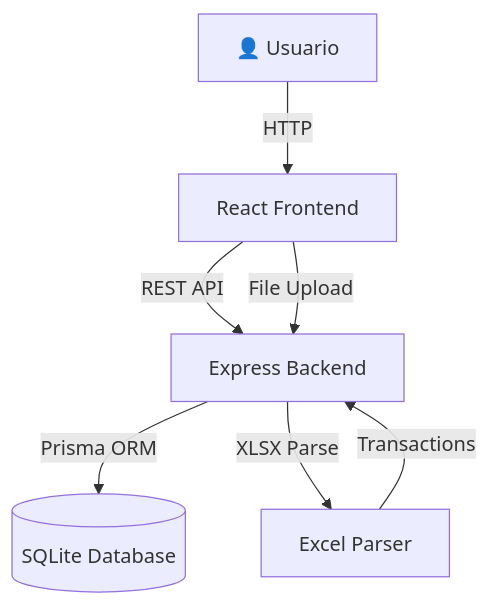
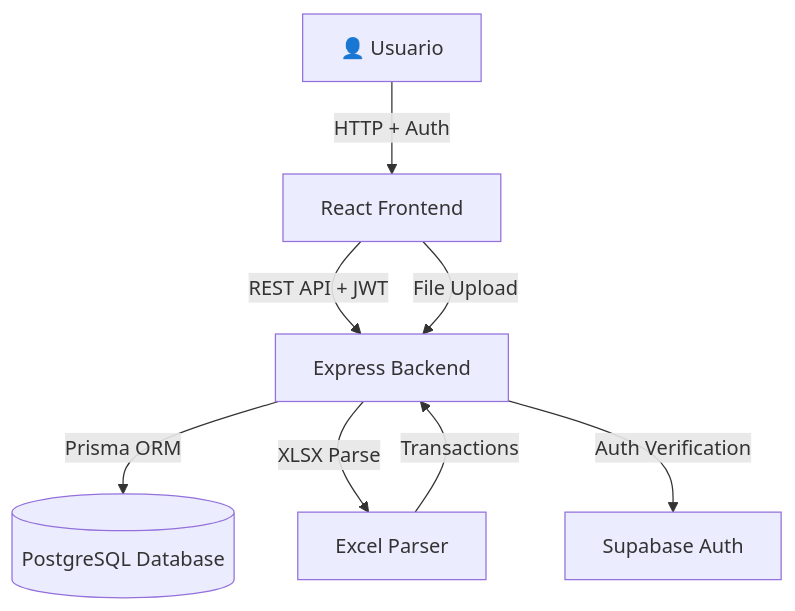
Before and after one commit to jeffrijol/finanzas-app: the diagram in docs/ARCHITECTURE.md, drawn with Mermaid. The commit also changed other lines of this file and 21 other files, not shown here.

````diff
--- a/docs/ARCHITECTURE.md
+++ b/docs/ARCHITECTURE.md
@@ -9,9 +9,10 @@
 ```mermaid
 graph TB
-    User[👤 Usuario] -->|HTTP| Frontend[React Frontend]
-    Frontend -->|REST API| Backend[Express Backend]
-    Backend -->|Prisma ORM| DB[(SQLite Database)]
+    User[👤 Usuario] -->|HTTP + Auth| Frontend[React Frontend]
+    Frontend -->|REST API + JWT| Backend[Express Backend]
+    Backend -->|Prisma ORM| DB[(PostgreSQL Database)]
     Frontend -->|File Upload| Backend
     Backend -->|XLSX Parse| Parser[Excel Parser]
     Parser -->|Transactions| Backend
+    Backend -->|Auth Verification| Supabase[Supabase Auth]
 ```
````
